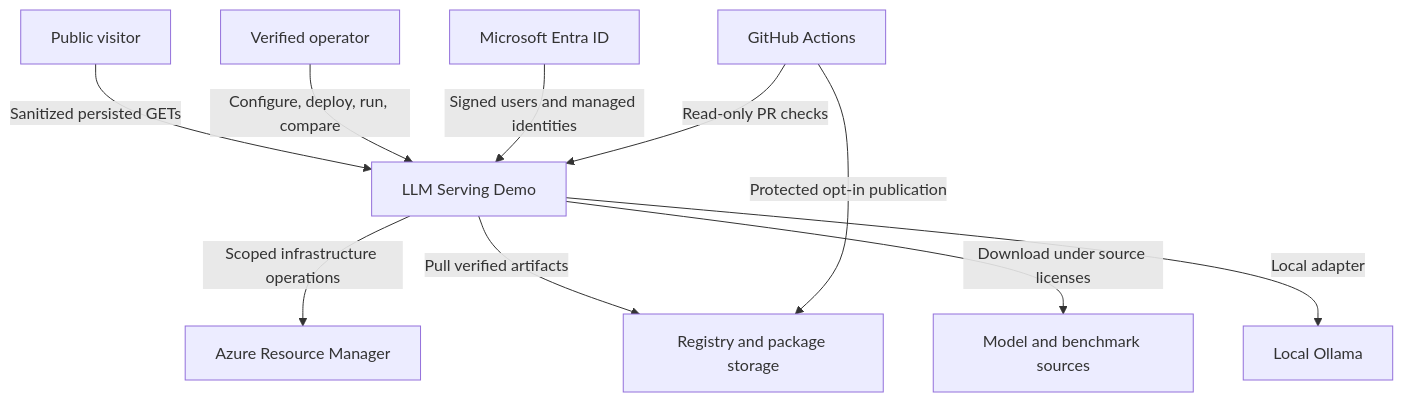
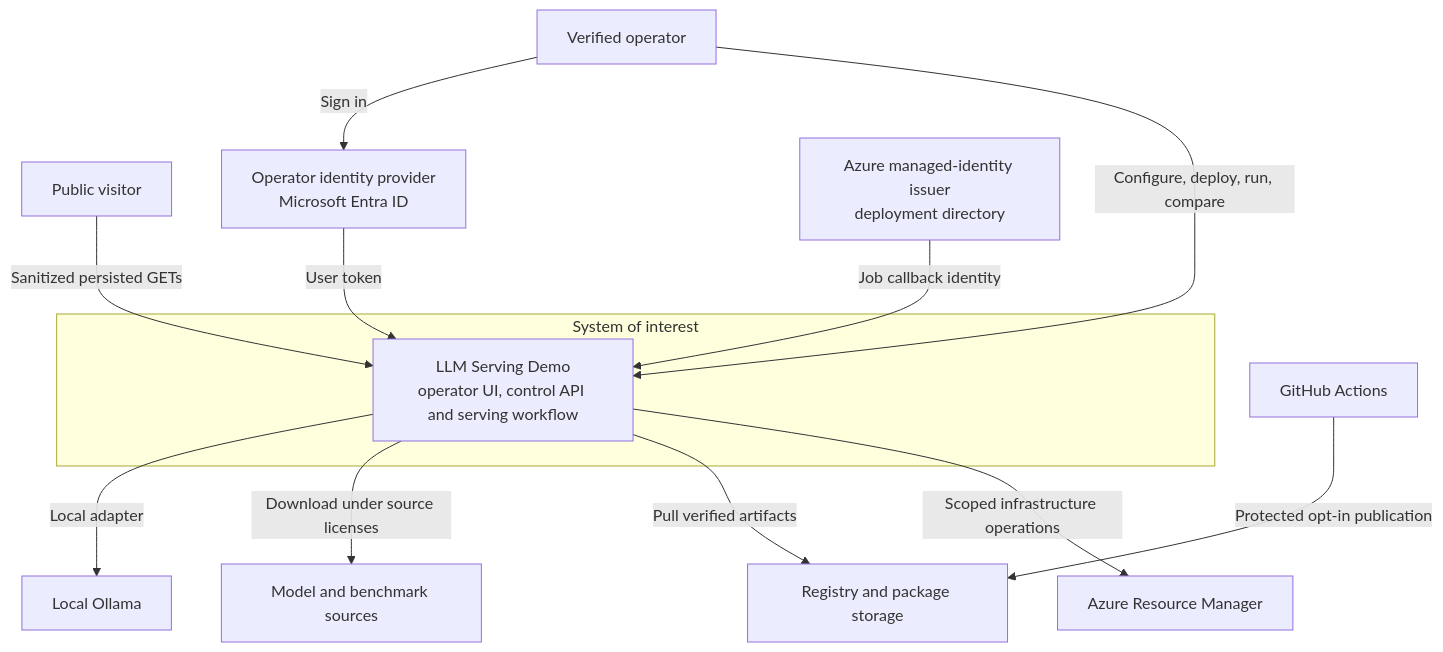
Before and after one commit to ribumann/llmserving: the first of 2 diagrams in docs/architecture/CONTEXT.md, drawn with Mermaid. The commit also changed other lines of this file and 6 other files, not shown here.

Commit message:
docs: complete C4 architecture guide

````diff
--- a/docs/architecture/CONTEXT.md
+++ b/docs/architecture/CONTEXT.md
@@ -12,21 +23,25 @@
 ```mermaid
 flowchart TB
     Visitor["Public visitor"]
     Operator["Verified operator"]
-    Lab["LLM Serving Demo"]
-    Entra["Microsoft Entra ID"]
+    subgraph System["System of interest"]
+        Lab["LLM Serving Demo<br/>operator UI, control API and serving workflow"]
+    end
+    OperatorIdP["Operator identity provider<br/>Microsoft Entra ID"]
+    WorkloadIdP["Azure managed-identity issuer<br/>deployment directory"]
     Azure["Azure Resource Manager"]
     Artifacts["Registry and package storage"]
     Models["Model and benchmark sources"]
     Local["Local Ollama"]
     CI["GitHub Actions"]
     Visitor -->|Sanitized persisted GETs| Lab
     Operator -->|Configure, deploy, run, compare| Lab
-    Entra -->|Signed users and managed identities| Lab
+    Operator -->|Sign in| OperatorIdP
+    OperatorIdP -->|User token| Lab
+    WorkloadIdP -->|Job callback identity| Lab
     Lab -->|Scoped infrastructure operations| Azure
     Lab -->|Pull verified artifacts| Artifacts
     Lab -->|Download under source licenses| Models
     Lab -->|Local adapter| Local
-    CI -->|Read-only PR checks| Lab
     CI -->|Protected opt-in publication| Artifacts
 ```
````
